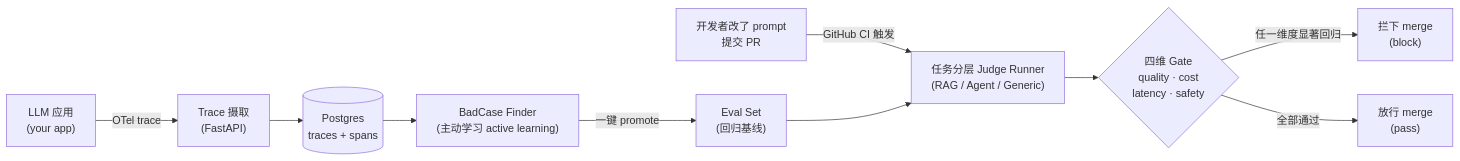
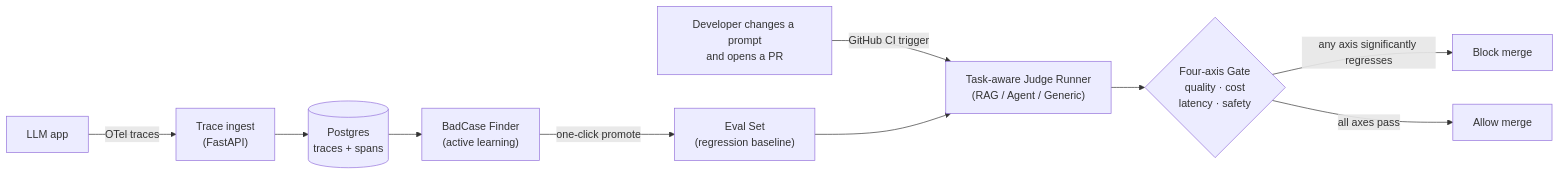
One commit to AndyUneducated/eval-gate changed the first of 7 diagrams in README.md. Above: the diagram before and after it, drawn with Mermaid. The commit also changed other lines of this file and 22 other files, not shown here.

````diff
--- a/README.md
+++ b/README.md
@@ -46,12 +46,12 @@
 ```mermaid
 flowchart LR
-    APP["LLM 应用<br/>(your app)"] -->|"OTel trace"| INGEST["Trace 摄取<br/>(FastAPI)"]
+    APP["LLM app"] -->|"OTel traces"| INGEST["Trace ingest<br/>(FastAPI)"]
     INGEST --> DB[("Postgres<br/>traces + spans")]
-    DB --> FINDER["BadCase Finder<br/>(主动学习 active learning)"]
-    FINDER -->|"一键 promote"| EVALSET["Eval Set<br/>(回归基线)"]
-    PR["开发者改了 prompt<br/>提交 PR"] -->|"GitHub CI 触发"| RUNNER
-    EVALSET --> RUNNER["任务分层 Judge Runner<br/>(RAG / Agent / Generic)"]
-    RUNNER --> GATE{"四维 Gate<br/>quality · cost<br/>latency · safety"}
-    GATE -->|"任一维度显著回归"| BLOCK["拦下 merge<br/>(block)"]
-    GATE -->|"全部通过"| PASS["放行 merge<br/>(pass)"]
+    DB --> FINDER["BadCase Finder<br/>(active learning)"]
+    FINDER -->|"one-click promote"| EVALSET["Eval Set<br/>(regression baseline)"]
+    PR["Developer changes a prompt<br/>and opens a PR"] -->|"GitHub CI trigger"| RUNNER
+    EVALSET --> RUNNER["Task-aware Judge Runner<br/>(RAG / Agent / Generic)"]
+    RUNNER --> GATE{"Four-axis Gate<br/>quality · cost<br/>latency · safety"}
+    GATE -->|"any axis significantly regresses"| BLOCK["Block merge"]
+    GATE -->|"all axes pass"| PASS["Allow merge"]
 ```
````
